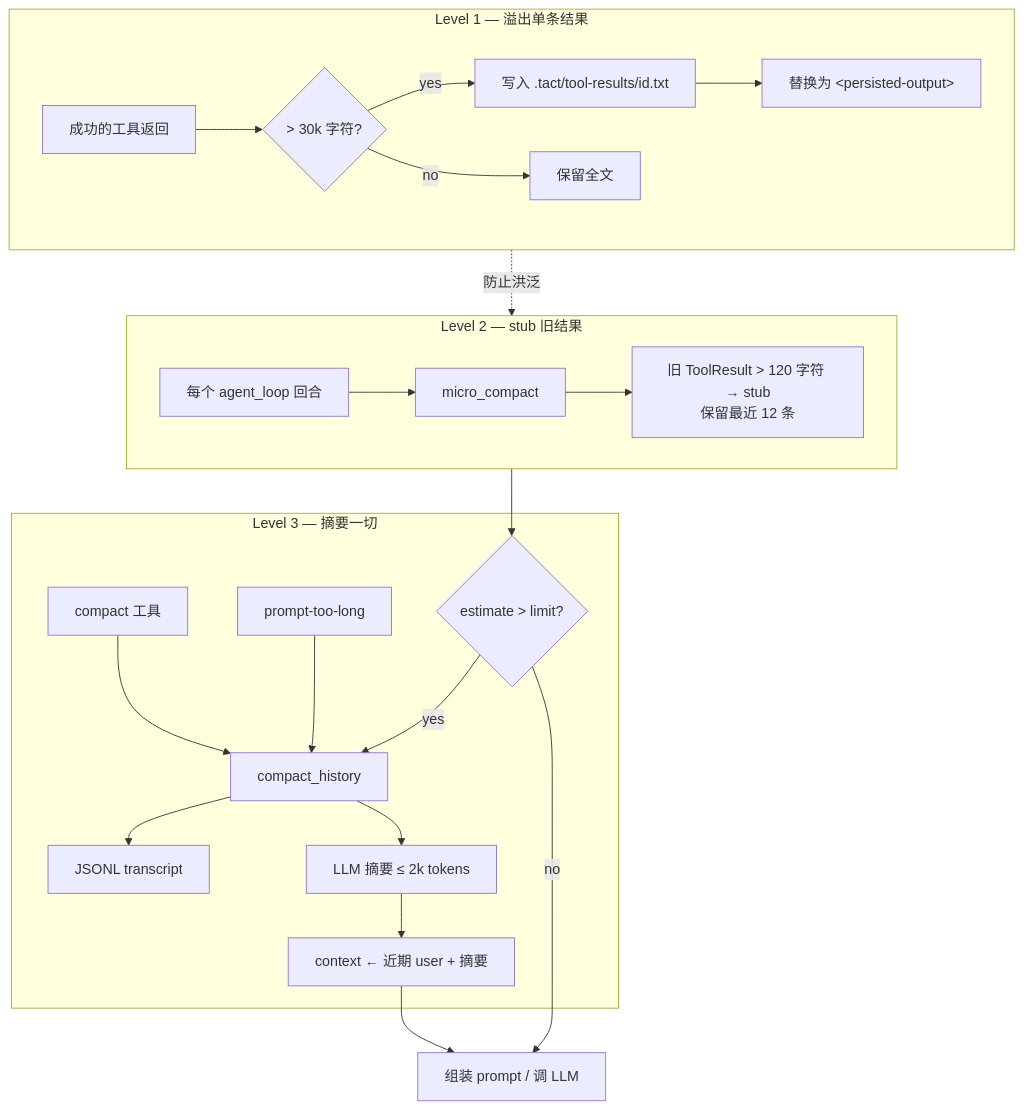
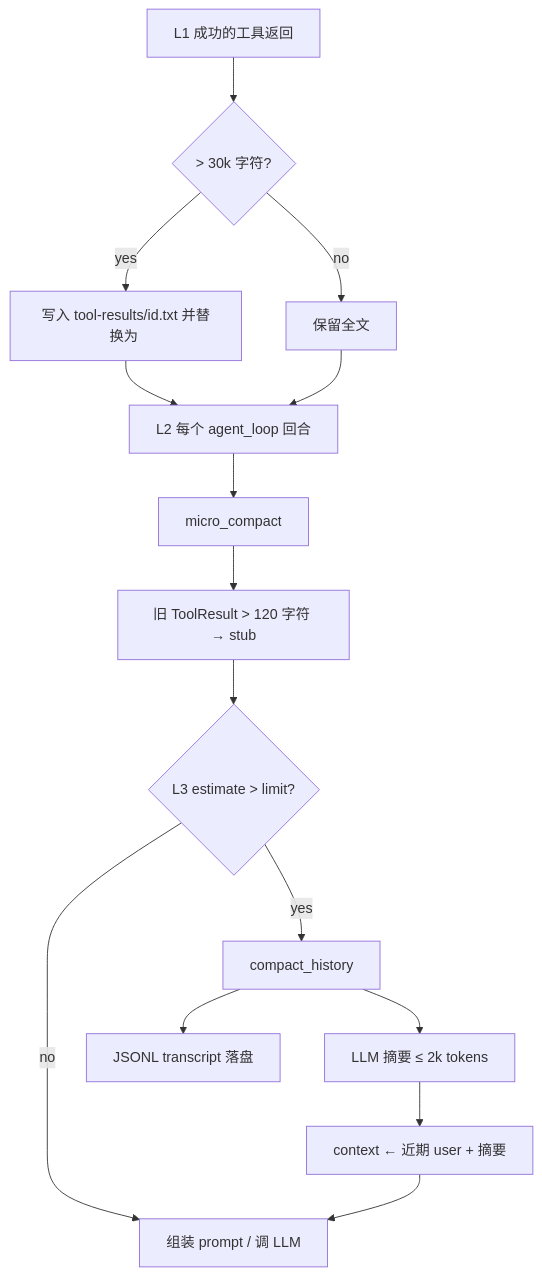
One commit to rust-infra/tact changed the second of 15 diagrams in book/05_chapter_compact_zh.md. Above: the diagram before and after it, drawn with Mermaid. The commit also changed other lines of this file and 303 other files, not shown here.

````diff
--- a/book/05_chapter_compact_zh.md
+++ b/book/05_chapter_compact_zh.md
@@ -47,28 +43,17 @@
 ```mermaid
-flowchart TB
-    subgraph L1["Level 1 — 溢出单条结果"]
-        Bash[成功的工具返回] --> Big{> 30k 字符?}
-        Big -->|yes| Disk1["写入 .tact/tool-results/id.txt"]
-        Disk1 --> Env["替换为 &lt;persisted-output&gt;"]
-        Big -->|no| Keep[保留全文]
-    end
-
-    subgraph L2["Level 2 — stub 旧结果"]
-        Turn[每个 agent_loop 回合] --> MC[micro_compact]
-        MC --> Stub["旧 ToolResult > 120 字符 → stub<br/>保留最近 12 条"]
-    end
-
-    subgraph L3["Level 3 — 摘要一切"]
-        Est{estimate > limit?} -->|yes| CH[compact_history]
-        Err[prompt-too-long] --> CH
-        Manual[compact 工具] --> CH
-        CH --> Disk2[JSONL transcript]
-        CH --> Sum[LLM 摘要 ≤ 2k tokens]
-        Sum --> One[context ← 近期 user + 摘要]
-    end
-
-    L1 -.->|防止洪泛| L2
-    L2 --> Est
-    Est -->|no| Prompt[组装 prompt / 调 LLM]
-    One --> Prompt
+graph TD
+    a_bash[L1 成功的工具返回] --> b_big{> 30k 字符?}
+    b_big -->|yes| c_disk[写入 tool-results/id.txt 并替换为 <persisted-output>]
+    b_big -->|no| d_keep[保留全文]
+    c_disk --> e_turn[L2 每个 agent_loop 回合]
+    d_keep --> e_turn
+    e_turn --> f_mc[micro_compact]
+    f_mc --> g_stub[旧 ToolResult > 120 字符 → stub]
+    g_stub --> h_est{L3 estimate > limit?}
+    h_est -->|yes| i_ch[compact_history]
+    h_est -->|no| j_prompt[组装 prompt / 调 LLM]
+    i_ch --> k_sum[LLM 摘要 ≤ 2k tokens]
+    i_ch --> l_disk[JSONL transcript 落盘]
+    k_sum --> m_one[context ← 近期 user + 摘要]
+    m_one --> j_prompt
 ```
````
